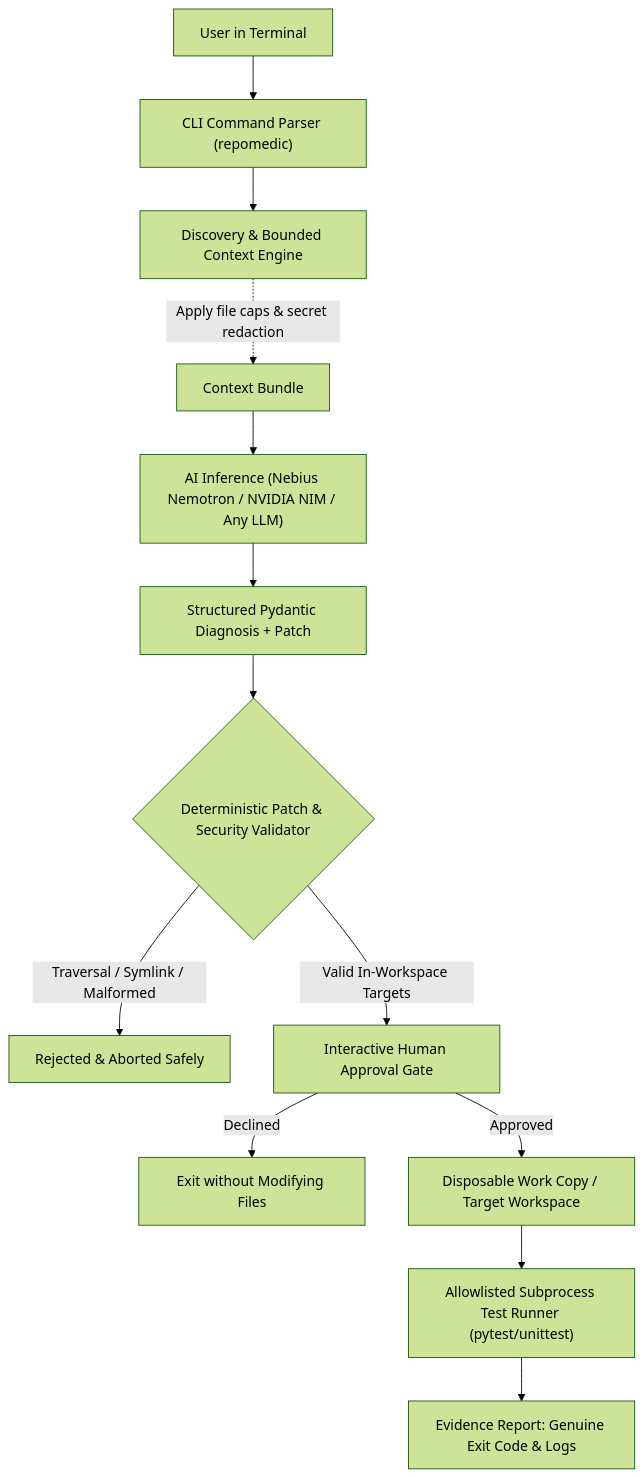
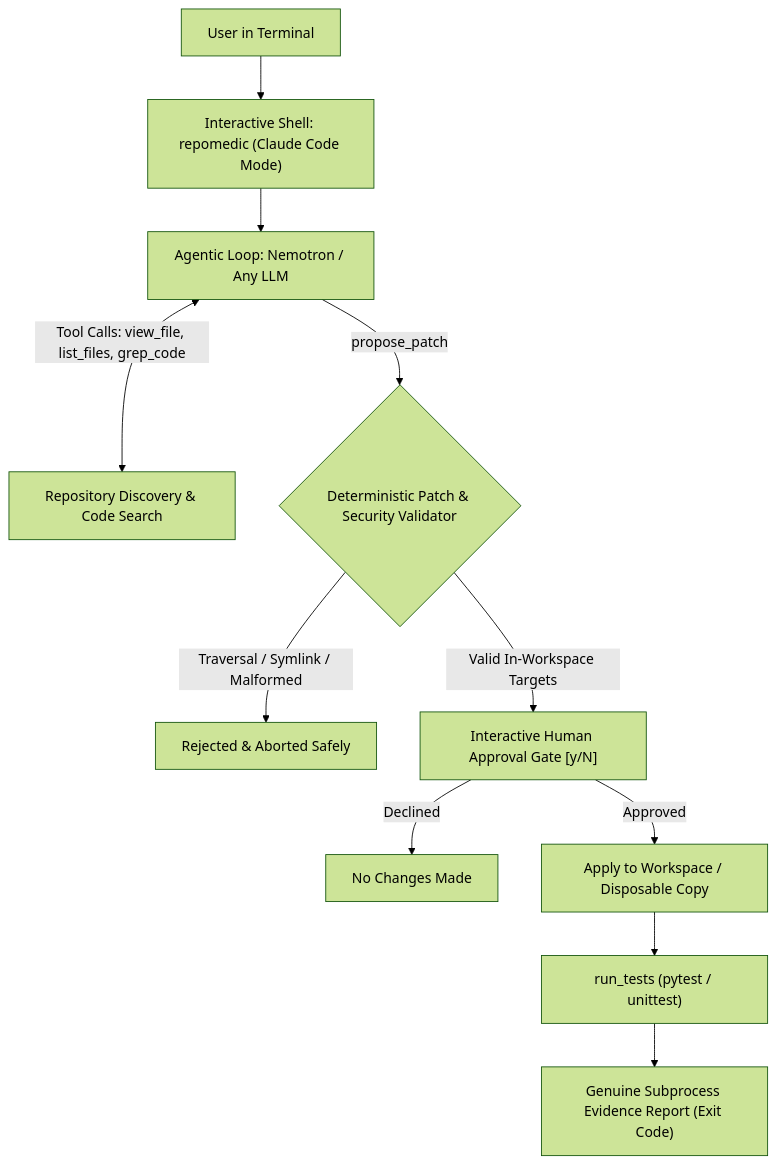
Before and after one commit to Dev-gautam-roy/coding-cli: the second of 2 diagrams in README.md, drawn with Mermaid (forest theme). The commit also changed other lines of this file, not shown here.

Commit message:
docs: detailed guide on how to use interactive Claude Code mode vs direct CLI commands

````diff
--- a/README.md
+++ b/README.md
@@ -69,15 +71,13 @@
 ```mermaid
 flowchart TD
-    A["User in Terminal"] --> B["CLI Command Parser (repomedic)"]
-    B --> C["Discovery & Bounded Context Engine"]
-    C -.->|"Apply file caps & secret redaction"| D["Context Bundle"]
-    D --> E["AI Inference (Nebius Nemotron / NVIDIA NIM / Any LLM)"]
-    E --> F["Structured Pydantic Diagnosis + Patch"]
-    F --> G{"Deterministic Patch & Security Validator"}
-    G -- "Traversal / Symlink / Malformed" --> H["Rejected & Aborted Safely"]
-    G -- "Valid In-Workspace Targets" --> I["Interactive Human Approval Gate"]
-    I -- "Declined" --> J["Exit without Modifying Files"]
-    I -- "Approved" --> K["Disposable Work Copy / Target Workspace"]
-    K --> L["Allowlisted Subprocess Test Runner (pytest/unittest)"]
-    L --> M["Evidence Report: Genuine Exit Code & Logs"]
+    A["User in Terminal"] --> B["Interactive Shell: repomedic (Claude Code Mode)"]
+    B --> C["Agentic Loop: Nemotron / Any LLM"]
+    C <-->|"Tool Calls: view_file, list_files, grep_code"| D["Repository Discovery & Code Search"]
+    C -->|"propose_patch"| E{"Deterministic Patch & Security Validator"}
+    E -- "Traversal / Symlink / Malformed" --> F["Rejected & Aborted Safely"]
+    E -- "Valid In-Workspace Targets" --> G["Interactive Human Approval Gate [y/N]"]
+    G -- "Declined" --> H["No Changes Made"]
+    G -- "Approved" --> I["Apply to Workspace / Disposable Copy"]
+    I --> J["run_tests (pytest / unittest)"]
+    J --> K["Genuine Subprocess Evidence Report (Exit Code)"]
 ```
````
